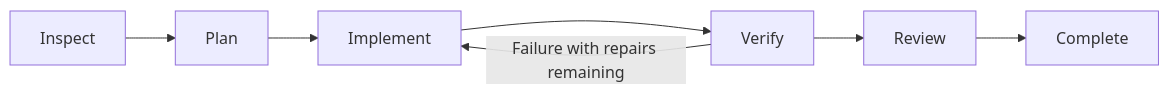
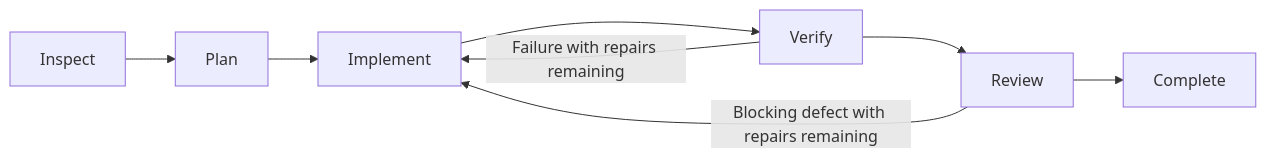
Before and after one commit to sun-sh/forge-agent: the diagram in README.en.md, drawn with Mermaid. The commit also changed other lines of this file and 74 other files, not shown here.

````diff
--- a/README.en.md
+++ b/README.en.md
@@ -68,9 +68,10 @@
 ```mermaid
 flowchart LR
     Inspect --> Plan
     Plan --> Implement
     Implement --> Verify
     Verify --> Review
     Review --> Complete
     Verify -->|Failure with repairs remaining| Implement
+    Review -->|Blocking defect with repairs remaining| Implement
 ```
````
